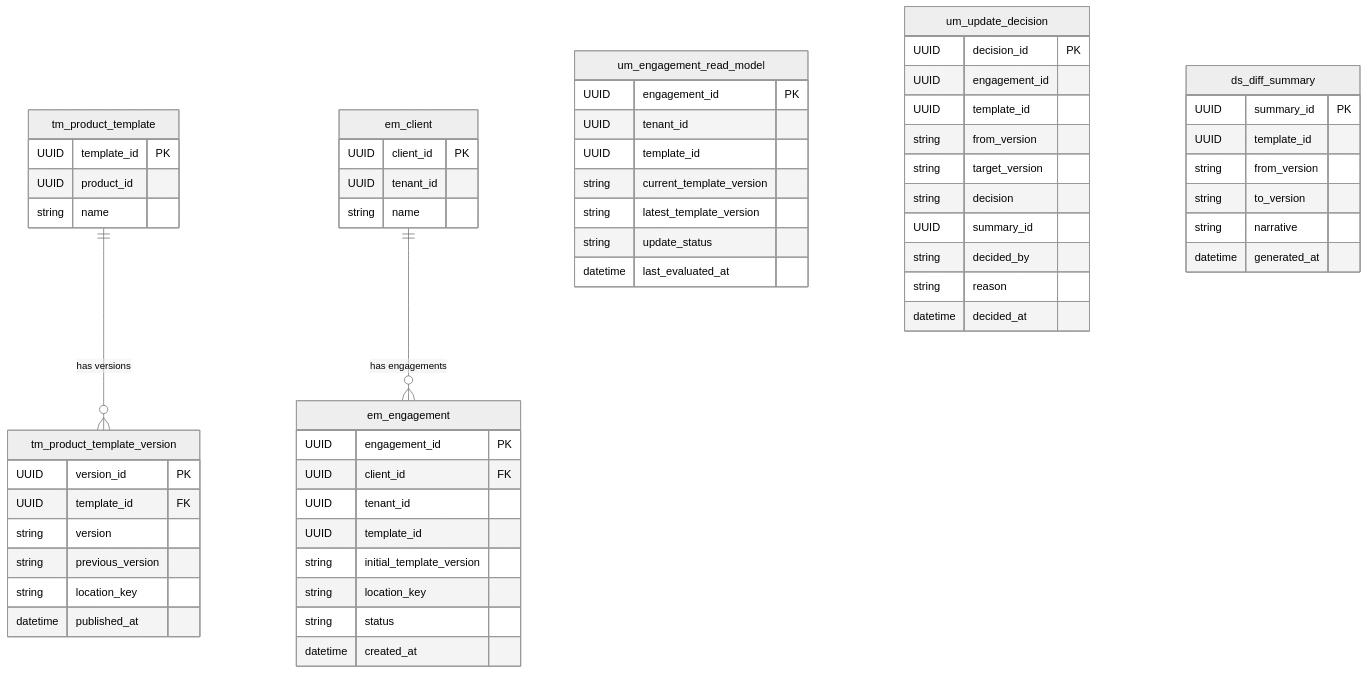
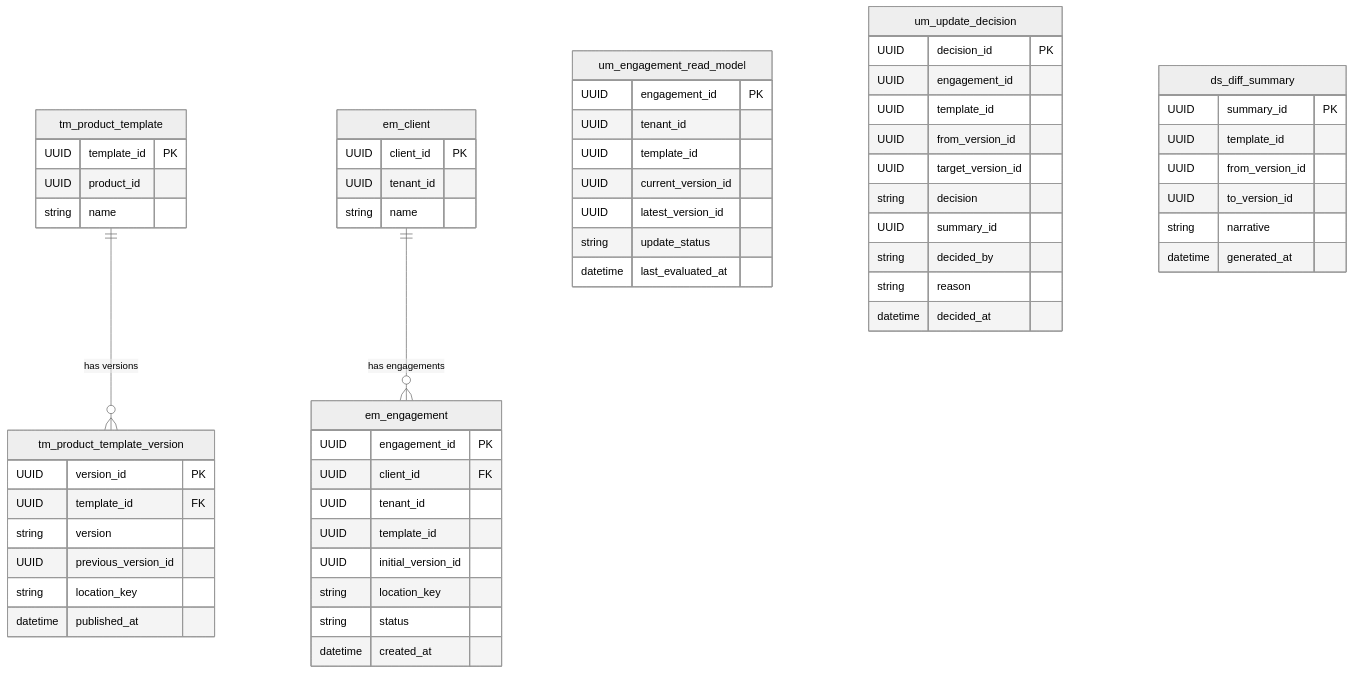
One commit to jose-foronda/caseware_test_2026_09 changed the diagram in architecture/erd.md. Above: the diagram before and after it, drawn with Mermaid (neutral theme).

Commit message:
refining erd

````diff
--- a/architecture/erd.md
+++ b/architecture/erd.md
@@ -28,82 +28,82 @@
 ```mermaid
 erDiagram
 
     %% ─── tm (Template Management) ──────────────────────────────────────
 
     tm_product_template {
         UUID   template_id PK
         UUID   product_id
         string name
     }
 
     tm_product_template_version {
-        UUID     version_id      PK
-        UUID     template_id     FK
+        UUID     version_id          PK
+        UUID     template_id         FK
         string   version
-        string   previous_version
+        UUID     previous_version_id
         string   location_key
         datetime published_at
     }
 
     %% ─── em (Engagement Management) ────────────────────────────────────
 
     em_client {
         UUID   client_id  PK
         UUID   tenant_id
         string name
     }
 
     em_engagement {
-        UUID     engagement_id           PK
-        UUID     client_id               FK
+        UUID     engagement_id      PK
+        UUID     client_id          FK
         UUID     tenant_id
         UUID     template_id
-        string   initial_template_version
+        UUID     initial_version_id
         string   location_key
         string   status
         datetime created_at
     }
 
     %% ─── um (Update Management) ─────────────────────────────────────────
 
     um_engagement_read_model {
-        UUID     engagement_id            PK
+        UUID     engagement_id      PK
         UUID     tenant_id
         UUID     template_id
-        string   current_template_version
-        string   latest_template_version
+        UUID     current_version_id
+        UUID     latest_version_id
         string   update_status
         datetime last_evaluated_at
     }
 
     um_update_decision {
-        UUID     decision_id  PK
+        UUID     decision_id       PK
         UUID     engagement_id
         UUID     template_id
-        string   from_version
-        string   target_version
+        UUID     from_version_id
+        UUID     target_version_id
         string   decision
         UUID     summary_id
         string   decided_by
         string   reason
         datetime decided_at
     }
 
     %% ─── ds (Diff & Summary) ────────────────────────────────────────────
 
     ds_diff_summary {
-        UUID     summary_id  PK
+        UUID     summary_id      PK
         UUID     template_id
-        string   from_version
-        string   to_version
+        UUID     from_version_id
+        UUID     to_version_id
         string   narrative
         datetime generated_at
     }
 
     %% ─── Relationships (within schema only) ────────────────────────────
 
     tm_product_template      ||--o{ tm_product_template_version : "has versions"
 
     em_client                ||--o{ em_engagement               : "has engagements"
 
 ```
````
